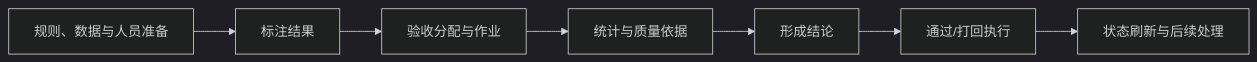
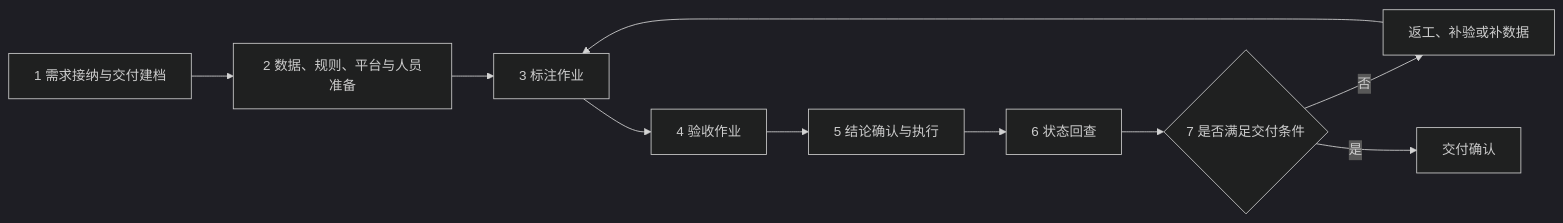
Before and after one commit to pokemonAndCodeMaster/omni-brain: the first of 2 diagrams in knowledge/domains/quality/manual/overview.md, drawn with Mermaid (dark theme). The commit also changed other lines of this file and 24 other files, not shown here.

````diff
--- a/knowledge/domains/quality/manual/overview.md
+++ b/knowledge/domains/quality/manual/overview.md
@@ -20,9 +36,12 @@
-```mermaid
+~~~mermaid
 flowchart LR
-    R[规则、数据与人员准备] --> L[标注结果]
-    L --> A[验收分配与作业]
-    A --> S[统计与质量依据]
-    S --> C[形成结论]
-    C --> E[通过/打回执行]
-    E --> F[状态刷新与后续处理]
-```
+    R[1 需求接纳与交付建档] --> P[2 数据、规则、平台与人员准备]
+    P --> A[3 标注作业]
+    A --> V[4 验收作业]
+    V --> C[5 结论确认与执行]
+    C --> S[6 状态回查]
+    S --> J{7 是否满足交付条件}
+    J -->|否| W[返工、补验或补数据]
+    W --> A
+    J -->|是| D[交付确认]
+~~~
````
